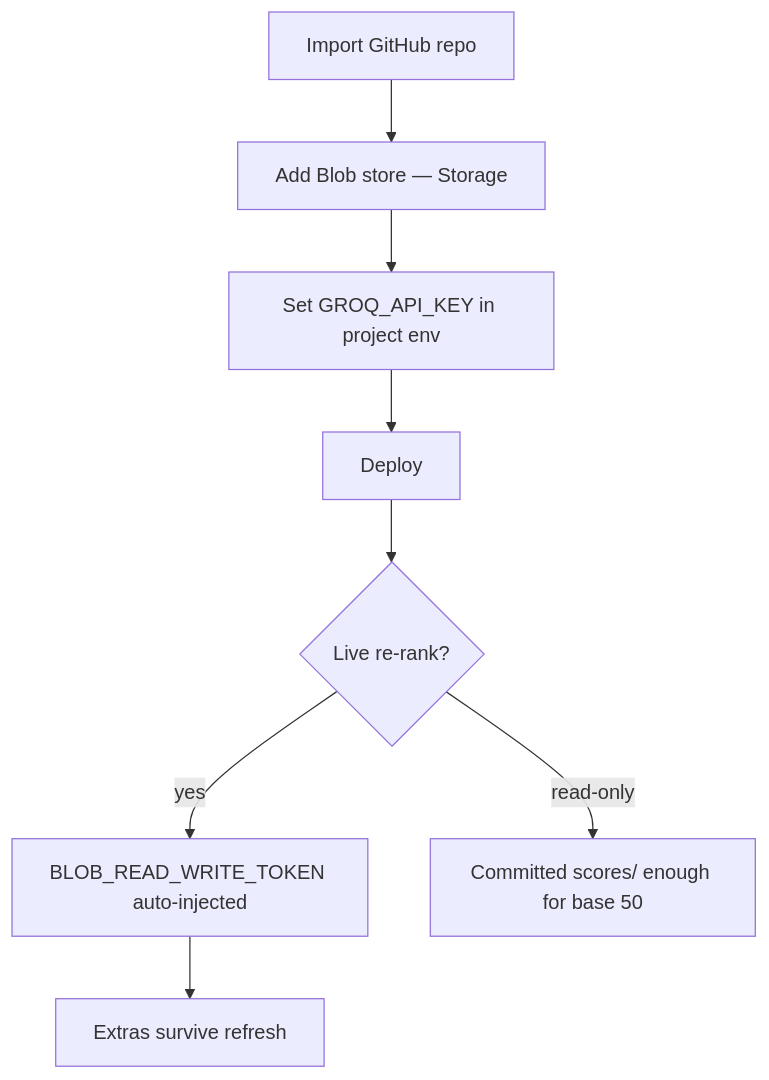
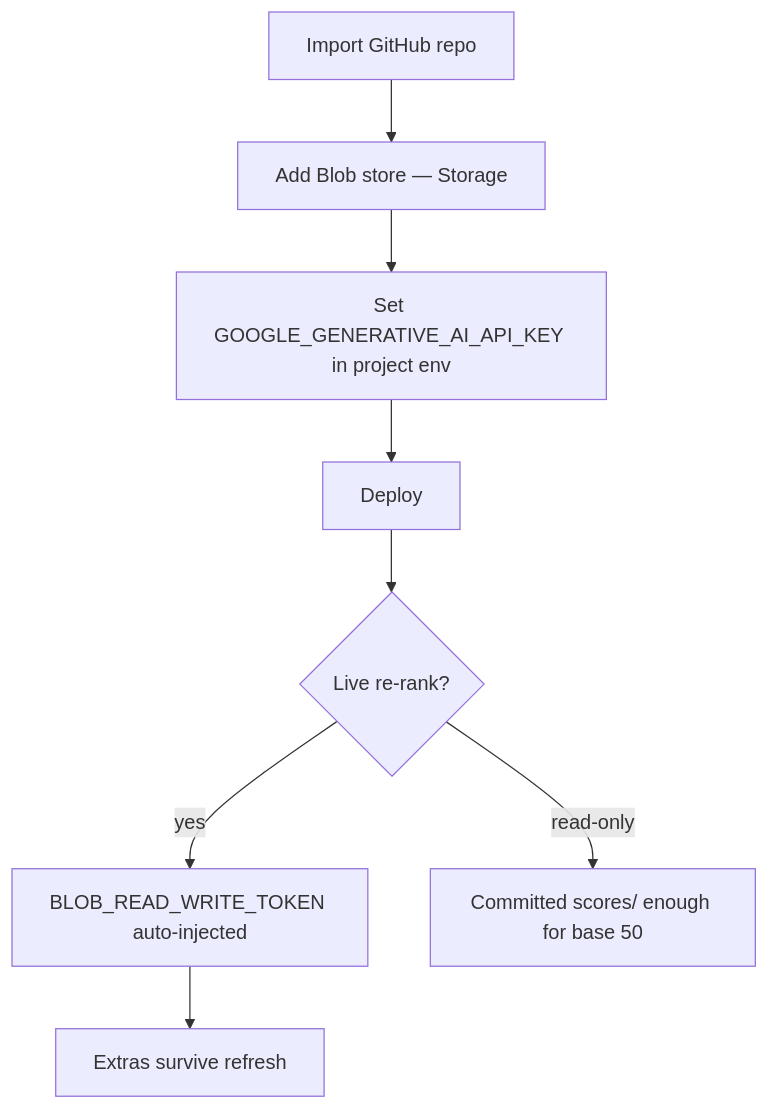
One commit to Manoj7ar/Hatch105-Project changed diagram 31 of 31 in README.md. Above: the diagram before and after it, drawn with Mermaid. The commit also changed other lines of this file and 47 other files, not shown here.

````diff
--- a/README.md
+++ b/README.md
@@ -966,10 +900,10 @@
 ```mermaid
 flowchart TD
   A[Import GitHub repo] --> B[Add Blob store — Storage]
-  B --> C[Set GROQ_API_KEY in project env]
+  B --> C[Set GOOGLE_GENERATIVE_AI_API_KEY in project env]
   C --> D[Deploy]
   D --> E{Live re-rank?}
   E -->|yes| F[BLOB_READ_WRITE_TOKEN auto-injected]
   E -->|read-only| G[Committed scores/ enough for base 50]
   F --> H[Extras survive refresh]
 ```
````
